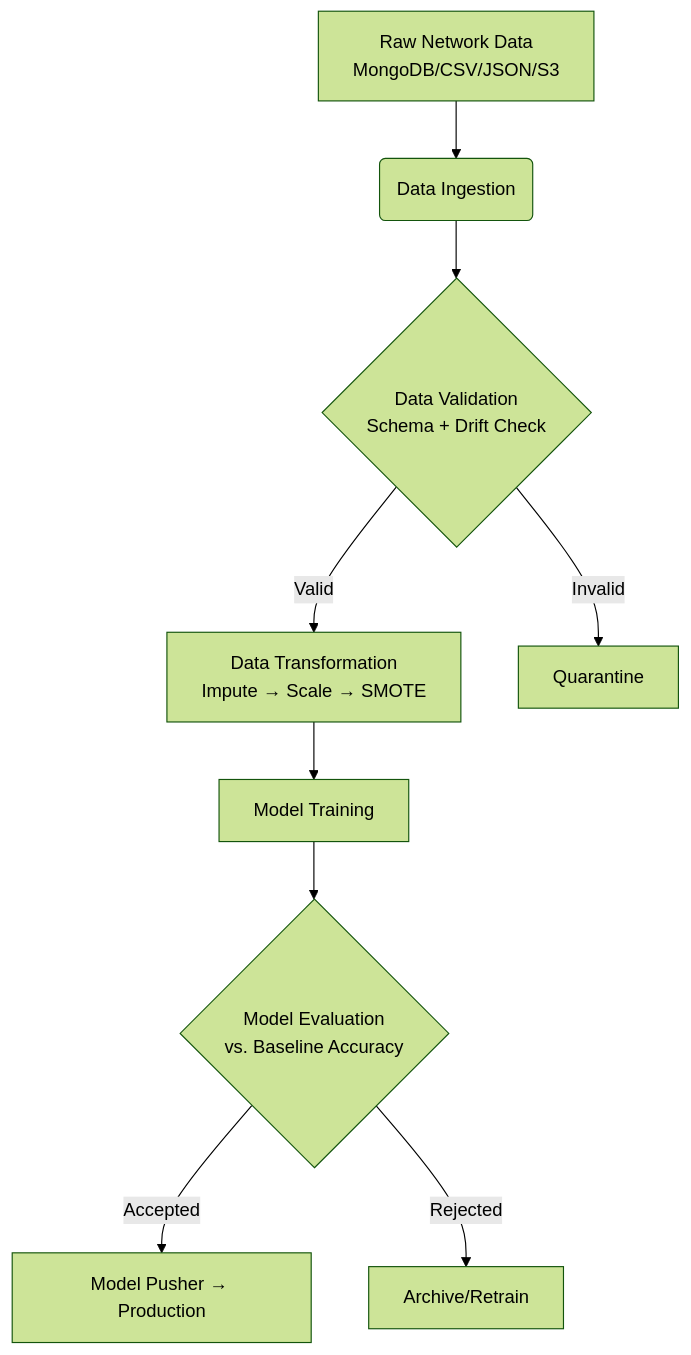
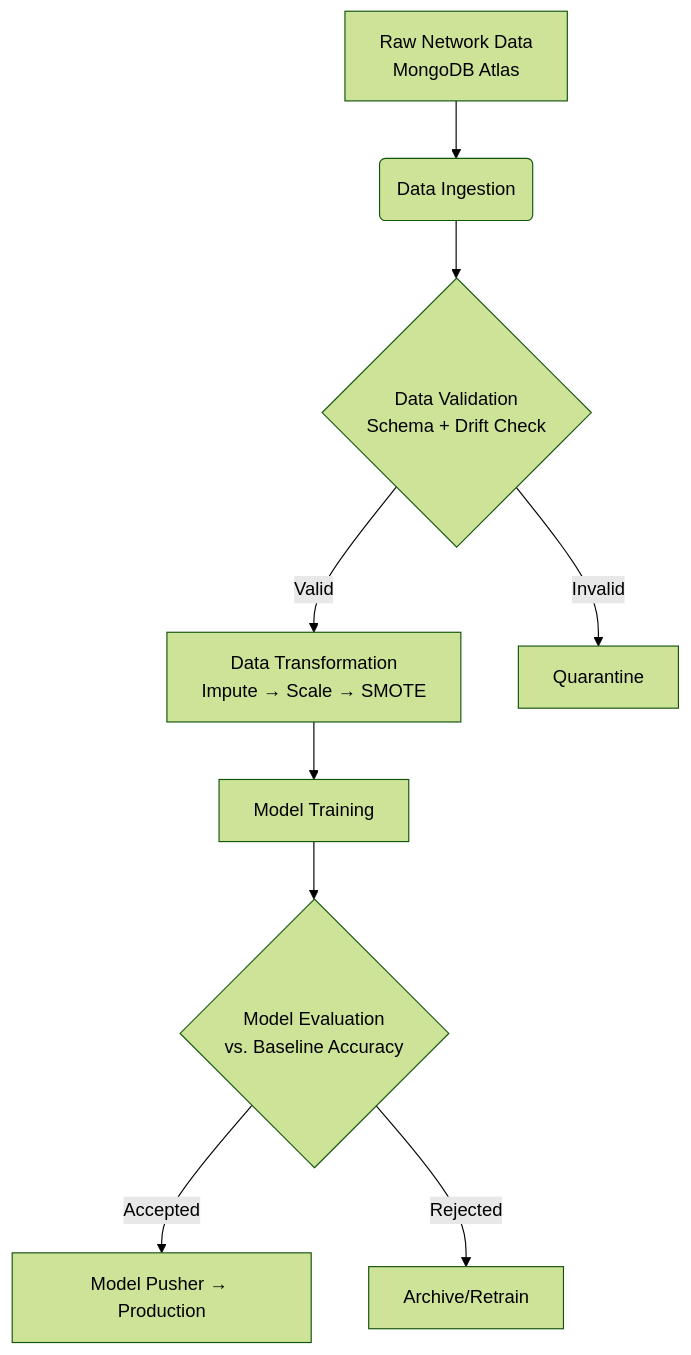
The first of 2 diagrams in README.md (ridhwanrazaliwork/Network_Security_Pipeline), drawn with Mermaid (forest theme) before and after one commit. The commit also changed other lines of this file and 2 other files, not shown here.

````diff
--- a/README.md
+++ b/README.md
@@ -33,12 +33,12 @@
 ```mermaid
 flowchart TD
-    A[Raw Network Data<br>MongoDB/CSV/JSON/S3] --> B(Data Ingestion)
+    A[Raw Network Data<br>MongoDB Atlas] --> B(Data Ingestion)
     B --> C{Data Validation<br>Schema + Drift Check}
     C -->|Valid| D[Data Transformation<br>Impute → Scale → SMOTE]
     C -->|Invalid| E[Quarantine]
     D --> F[Model Training]
     F --> G{Model Evaluation<br>vs. Baseline Accuracy}
     G -->|Accepted| H[Model Pusher → Production]
     G -->|Rejected| I[Archive/Retrain]
 
 ```
````
